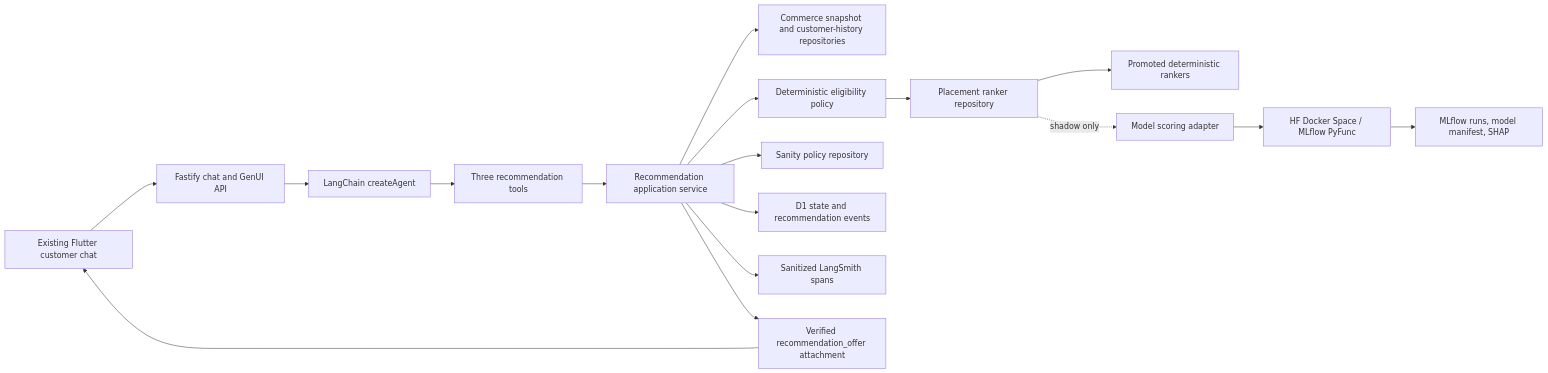
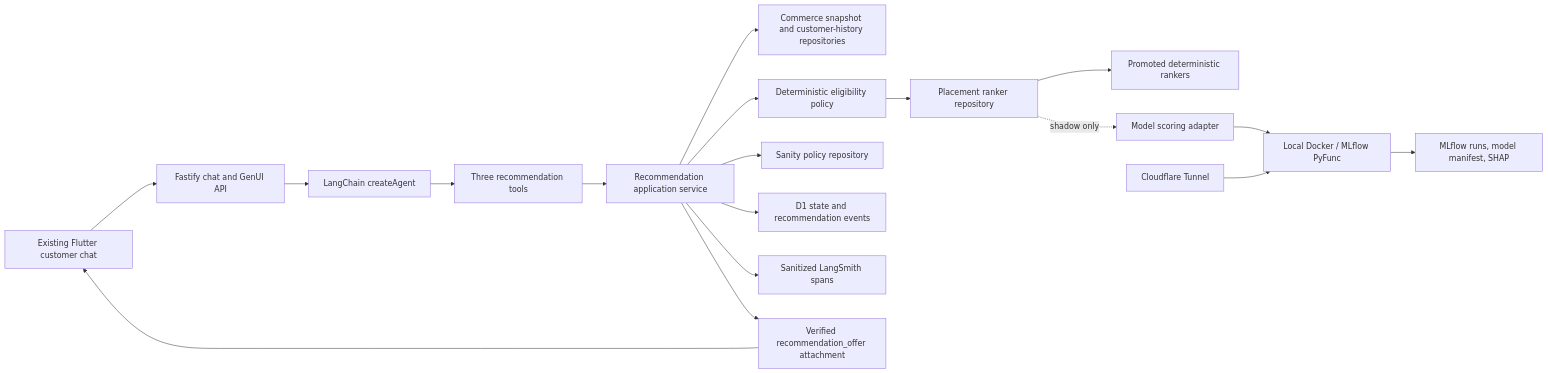
The diagram in docs/wayfinder/kfc-product-recommendation-poc/implementation-ready-specification.md (ThangVuNguyenViet/hackathon), drawn with Mermaid before and after one commit. The commit also changed other lines of this file and 30 other files, not shown here.

````diff
--- a/docs/wayfinder/kfc-product-recommendation-poc/implementation-ready-specification.md
+++ b/docs/wayfinder/kfc-product-recommendation-poc/implementation-ready-specification.md
@@ -94,19 +95,20 @@
 ```mermaid
 flowchart LR
     Chat["Existing Flutter customer chat"] --> HTTP["Fastify chat and GenUI API"]
     HTTP --> Agent["LangChain createAgent"]
     Agent --> Tools["Three recommendation tools"]
     Tools --> Service["Recommendation application service"]
     Service --> Snapshot["Commerce snapshot and customer-history repositories"]
     Service --> Eligibility["Deterministic eligibility policy"]
     Eligibility --> Rankers["Placement ranker repository"]
     Rankers --> Baseline["Promoted deterministic rankers"]
     Rankers -. "shadow only" .-> Adapter["Model scoring adapter"]
-    Adapter --> Space["HF Docker Space / MLflow PyFunc"]
+    Adapter --> Runtime["Local Docker / MLflow PyFunc"]
+    Tunnel["Cloudflare Tunnel"] --> Runtime
     Service --> Sanity["Sanity policy repository"]
     Service --> D1["D1 state and recommendation events"]
     Service --> Trace["Sanitized LangSmith spans"]
-    Space --> MLflow["MLflow runs, model manifest, SHAP"]
+    Runtime --> MLflow["MLflow runs, model manifest, SHAP"]
     Service --> GenUI["Verified recommendation_offer attachment"]
     GenUI --> Chat
 ```
````
